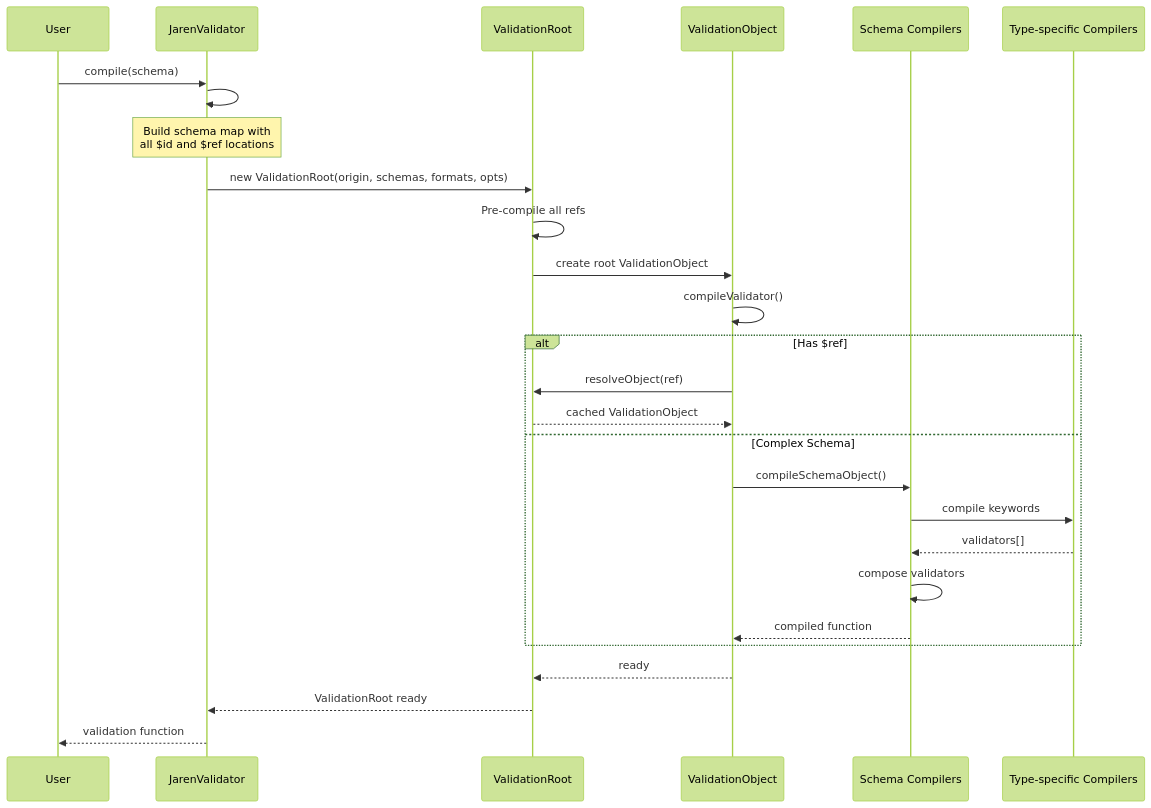
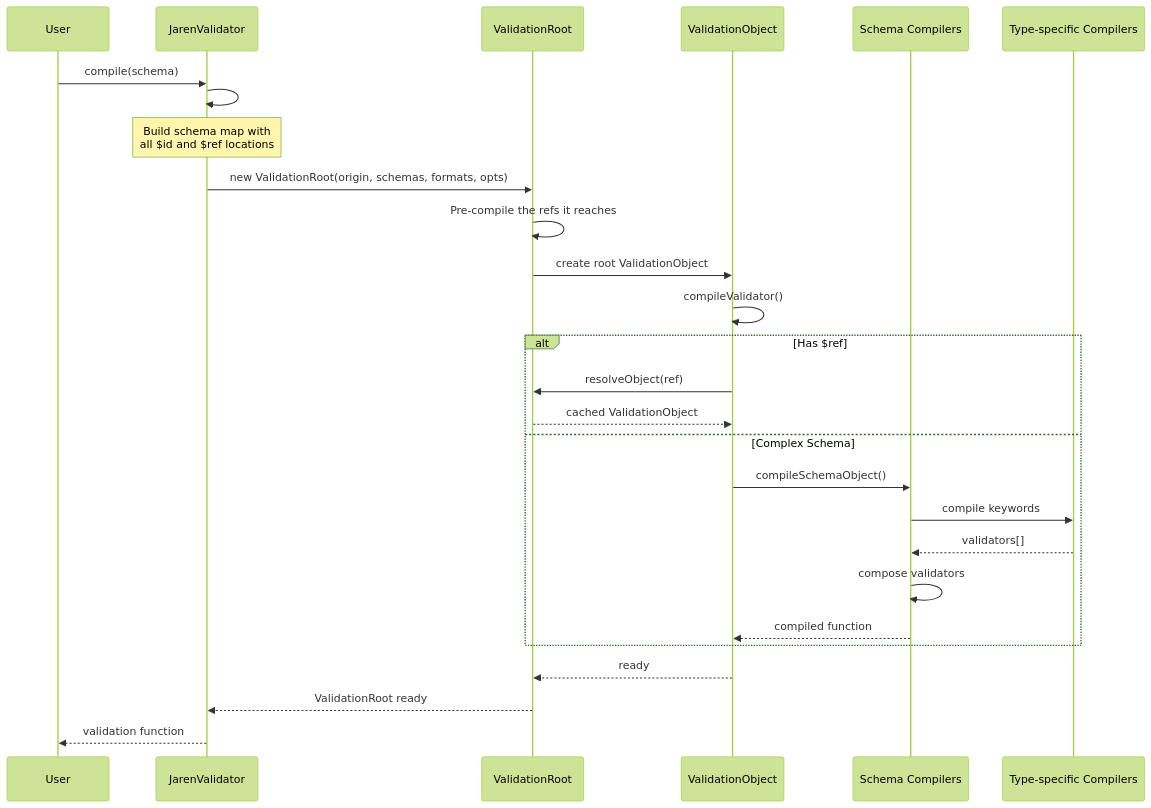
The fifth of 18 diagrams in packages/validate/ARCHITECTURE.md (jklarenbeek/jarenjs), drawn with Mermaid (forest theme) before and after one commit. The commit also changed other lines of this file and 11 other files, not shown here.

Commit message:
Made a compile read the held schemas it reaches: an unrelated compile no longer pays for, or is refused by, a document the validator holds

````diff
--- a/packages/validate/ARCHITECTURE.md
+++ b/packages/validate/ARCHITECTURE.md
@@ -486,34 +487,34 @@
 ```mermaid
 sequenceDiagram
     participant User
     participant JV as JarenValidator
     participant VR as ValidationRoot
     participant VO as ValidationObject
     participant SC as Schema Compilers
     participant TD as Type-specific Compilers
 
     User->>JV: compile(schema)
     JV->>JV: #traverseSchema()
     Note over JV: Build schema map with<br/>all $id and $ref locations
 
     JV->>VR: new ValidationRoot(origin, schemas, formats, opts)
-    VR->>VR: Pre-compile all refs
+    VR->>VR: Pre-compile the refs it reaches
 
     VR->>VO: create root ValidationObject
     VO->>VO: compileValidator()
 
     alt Has $ref
         VO->>VR: resolveObject(ref)
         VR-->>VO: cached ValidationObject
     else Complex Schema
         VO->>SC: compileSchemaObject()
         SC->>TD: compile keywords
         TD-->>SC: validators[]
         SC->>SC: compose validators
         SC-->>VO: compiled function
     end
 
     VO-->>VR: ready
     VR-->>JV: ValidationRoot ready
     JV-->>User: validation function
 ```
````
